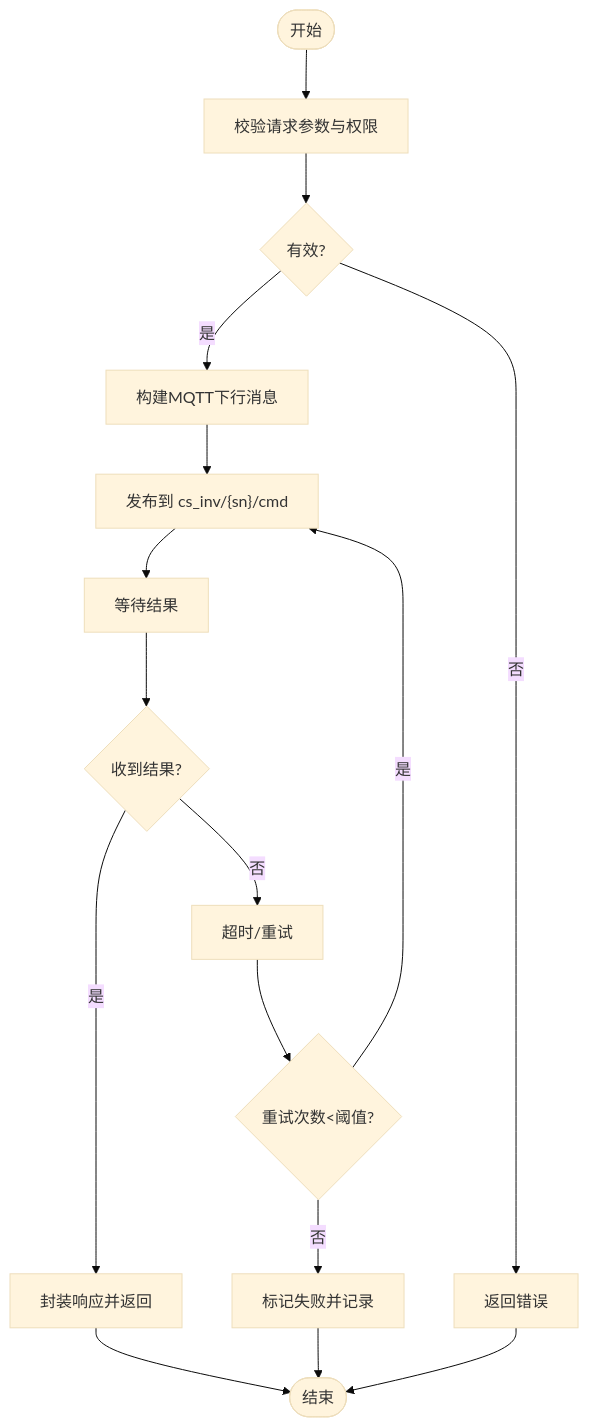
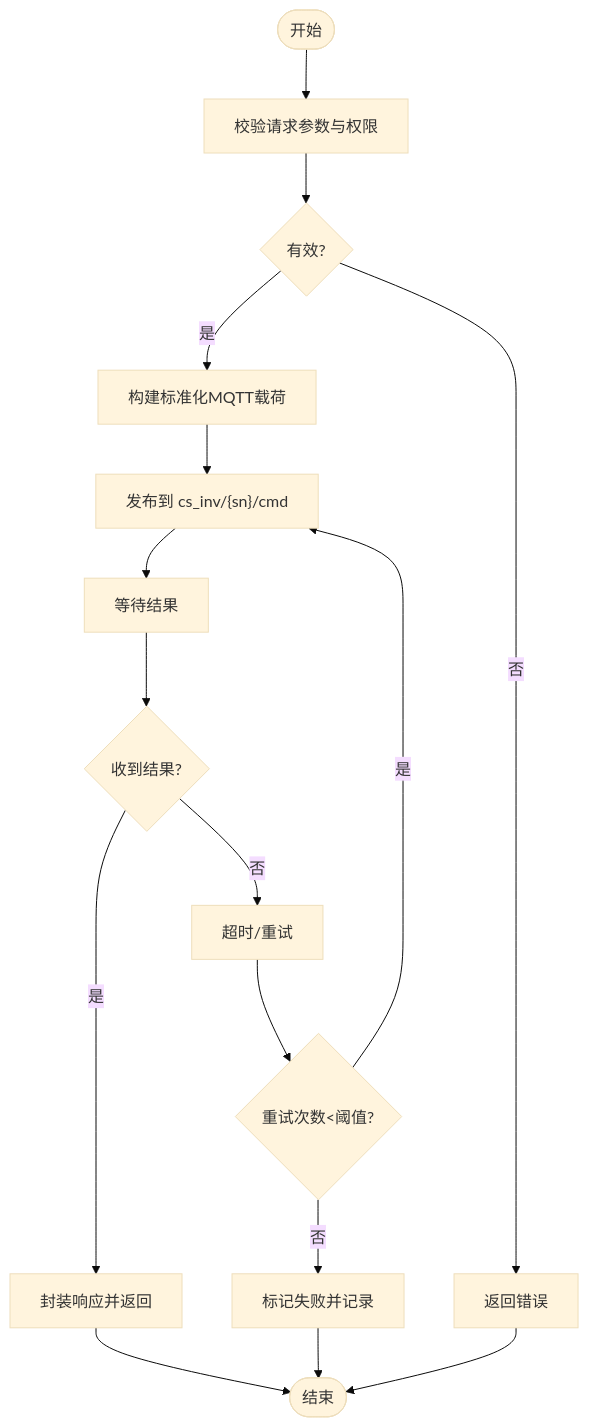
One commit to mcmrzy/cs_inv_monitor-develop changed the fifth of 7 diagrams in .qoder/repowiki/zh/content/MQTT通信协议/下行命令格式/下行命令格式.md. Above: the diagram before and after it, drawn with Mermaid (base theme). The commit also changed other lines of this file and 88 other files, not shown here.

````diff
--- a/.qoder/repowiki/zh/content/MQTT通信协议/下行命令格式/下行命令格式.md
+++ b/.qoder/repowiki/zh/content/MQTT通信协议/下行命令格式/下行命令格式.md
@@ -132,18 +223,18 @@
 ```mermaid
 flowchart TD
 Start(["开始"]) --> Validate["校验请求参数与权限"]
 Validate --> Valid{"有效?"}
 Valid --> |否| Reject["返回错误"]
-Valid --> |是| Build["构建MQTT下行消息"]
+Valid --> |是| Build["构建标准化MQTT载荷"]
 Build --> Publish["发布到 cs_inv/{sn}/cmd"]
 Publish --> Wait["等待结果"]
 Wait --> Result{"收到结果?"}
 Result --> |是| Ack["封装响应并返回"]
 Result --> |否| Timeout["超时/重试"]
 Timeout --> Retry{"重试次数<阈值?"}
 Retry --> |是| Publish
 Retry --> |否| Fail["标记失败并记录"]
 Ack --> End(["结束"])
 Fail --> End
 Reject --> End
 ```
````
